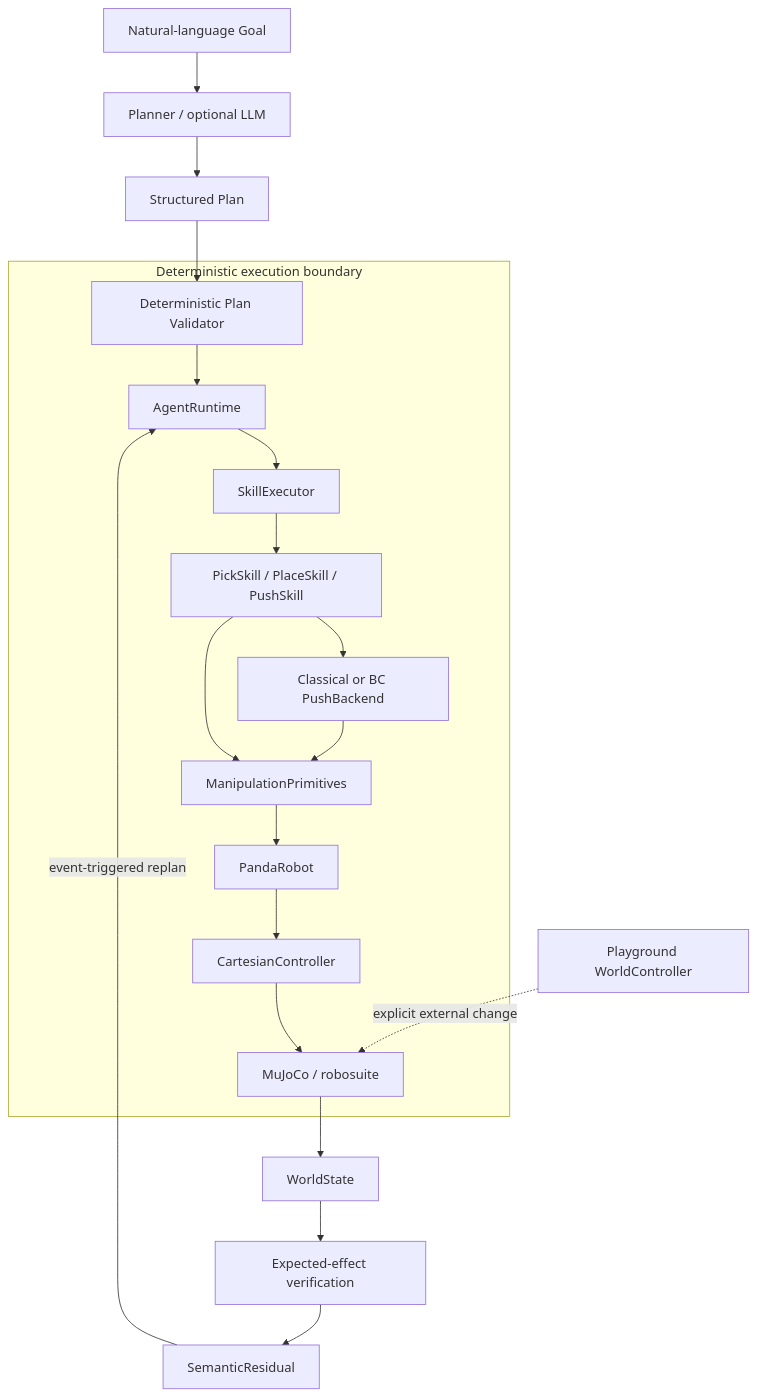
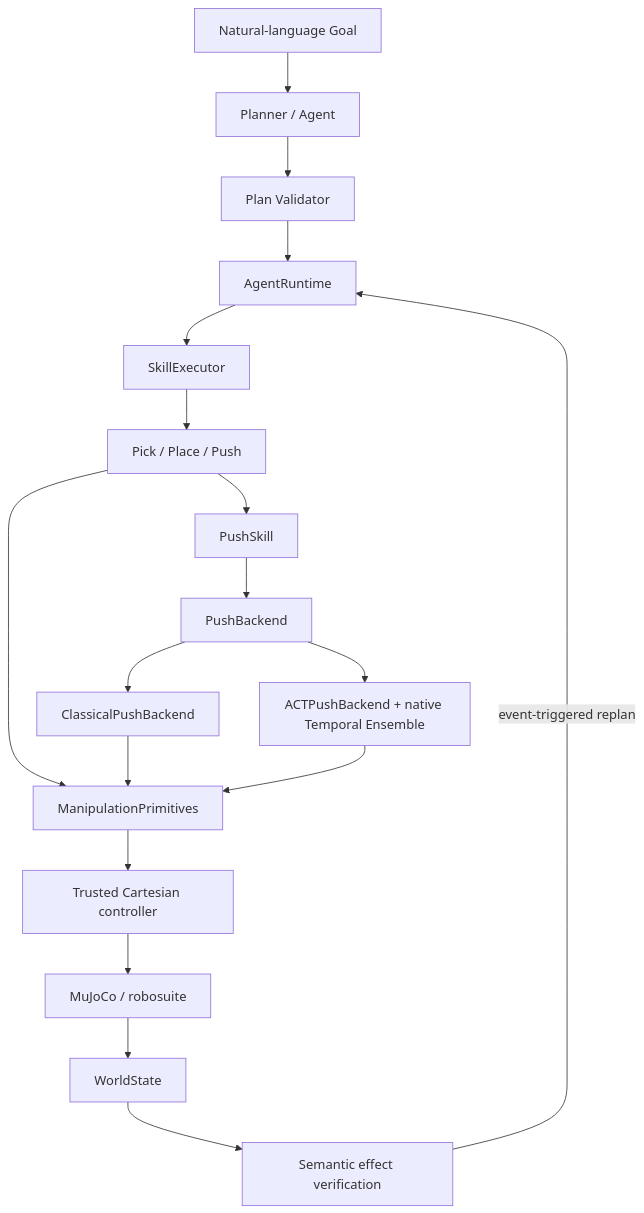
The diagram in README.md (Block-O2/semantic-manipulation-stack), drawn with Mermaid before and after one commit. The commit also changed other lines of this file and 16 other files, not shown here.

````diff
--- a/README.md
+++ b/README.md
@@ -29,25 +26,22 @@
 ```mermaid
 flowchart TD
-    G["Natural-language Goal"] --> P["Planner / optional LLM"]
-    P --> SP["Structured Plan"]
-    SP --> V["Deterministic Plan Validator"]
+    G["Natural-language Goal"] --> P["Planner / Agent"]
+    P --> V["Plan Validator"]
+    V --> A["AgentRuntime"]
+    A --> E["SkillExecutor"]
+    E --> S["Pick / Place / Push"]
 
-    subgraph D["Deterministic execution boundary"]
-        V --> A["AgentRuntime"]
-        A --> E["SkillExecutor"]
-        E --> S["PickSkill / PlaceSkill / PushSkill"]
-        S --> PB["Classical or BC PushBackend"]
-        S --> M["ManipulationPrimitives"]
-        PB --> M
-        M --> R["PandaRobot"]
-        R --> C["CartesianController"]
-        C --> SIM["MuJoCo / robosuite"]
-    end
+    S --> PR["ManipulationPrimitives"]
+    S --> PS["PushSkill"]
+    PS --> PB["PushBackend"]
+    PB --> CL["ClassicalPushBackend"]
+    PB --> ACT["ACTPushBackend + native Temporal Ensemble"]
+    CL --> PR
+    ACT --> PR
 
-    SIM --> W["WorldState"]
-    W --> X["Expected-effect verification"]
-    X --> SR["SemanticResidual"]
-    SR -->|"event-triggered replan"| A
-
-    WC["Playground WorldController"] -. "explicit external change" .-> SIM
+    PR --> C["Trusted Cartesian controller"]
+    C --> M["MuJoCo / robosuite"]
+    M --> W["WorldState"]
+    W --> X["Semantic effect verification"]
+    X -->|"event-triggered replan"| A
 ```
````
